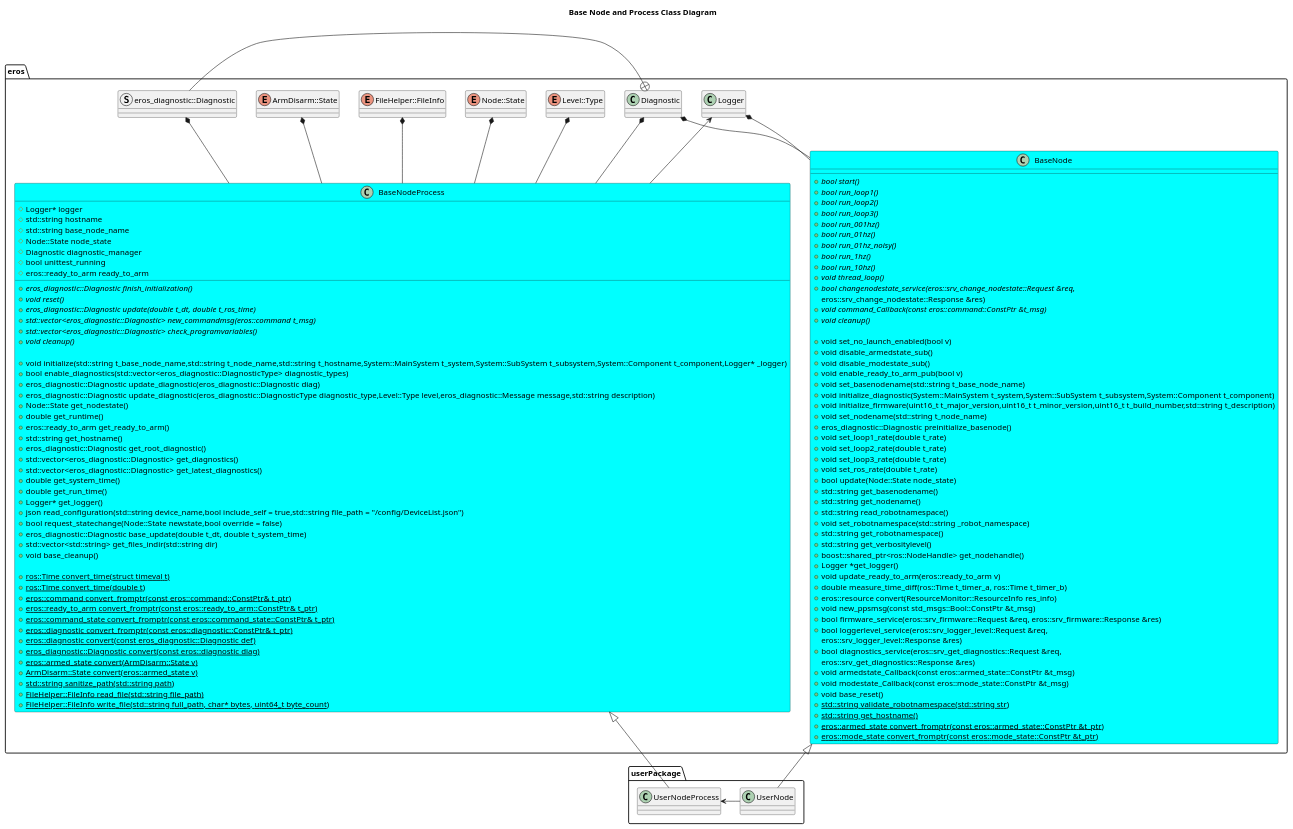
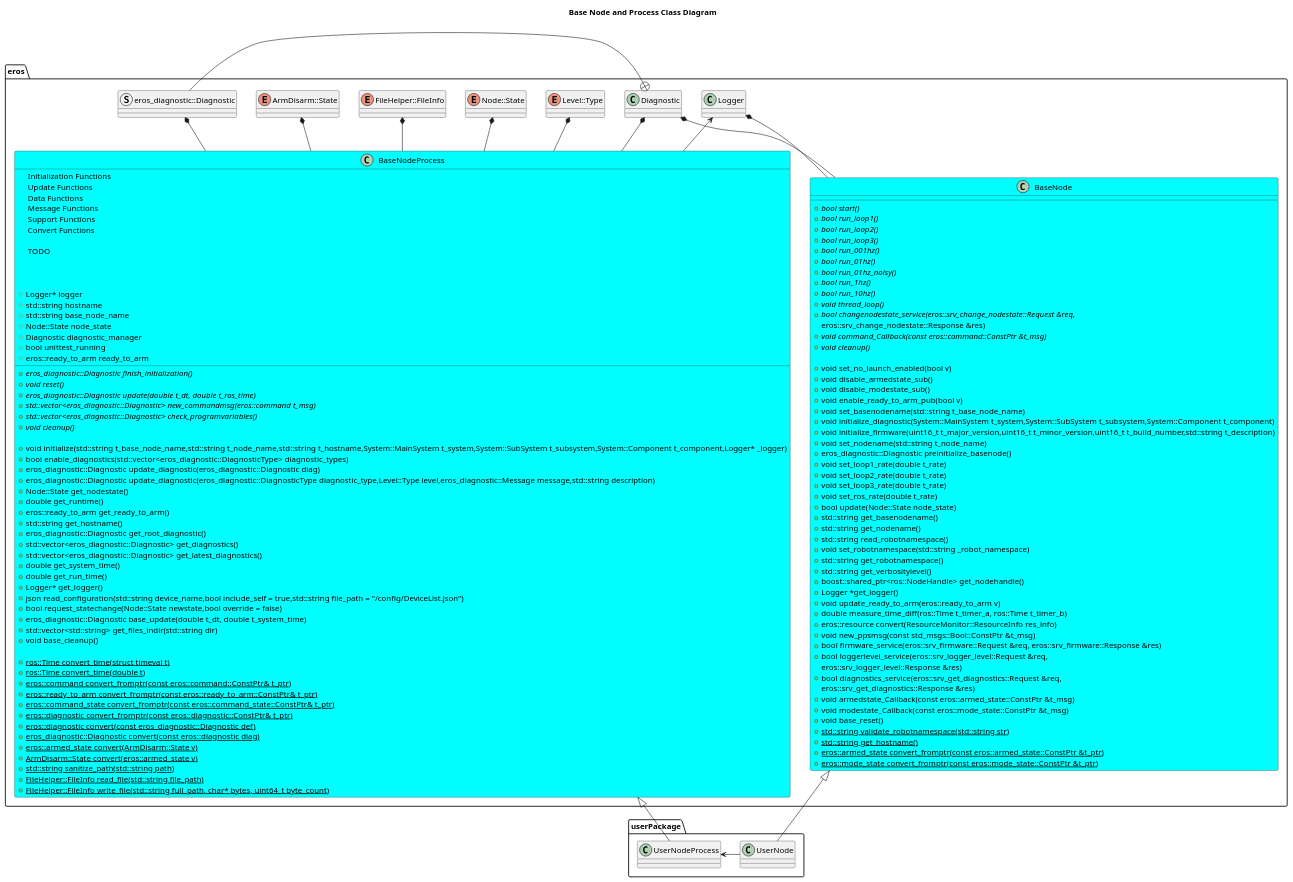
Before and after one commit to dgitz/eros: the diagram in include/eros/doc/BaseNodeClassDiagram.puml, drawn with PlantUML. The commit also changed 1 other file, not shown here.

```diff
--- a/include/eros/doc/BaseNodeClassDiagram.puml
+++ b/include/eros/doc/BaseNodeClassDiagram.puml
@@ -1,140 +1,149 @@
 @startuml
 title Base Node and Process Class Diagram
 package eros {
     together {
         enum Level::Type
         struct eros_diagnostic::Diagnostic
         enum Node::State
         class Logger
         enum ArmDisarm::State
         enum FileHelper::FileInfo
         class Diagnostic
     }
 
     Logger <-- BaseNodeProcess
     Level::Type *-- BaseNodeProcess
     eros_diagnostic::Diagnostic *-- BaseNodeProcess
     Node::State *-- BaseNodeProcess
     ArmDisarm::State *-- BaseNodeProcess
     FileHelper::FileInfo *-- BaseNodeProcess
     Diagnostic *-- BaseNodeProcess
     Diagnostic *-- BaseNode
     Logger *-- BaseNode
     Diagnostic +- eros_diagnostic::Diagnostic
     class BaseNodeProcess #Cyan {
+
+        -- Initialization Functions --
+        -- Update Functions --
+        -- Data Functions --
+        -- Message Functions --
+        -- Support Functions --
+        -- Convert Functions --
+
+        -- TODO --
         +{abstract} eros_diagnostic::Diagnostic finish_initialization()
         +{abstract} void reset()
         +{abstract} eros_diagnostic::Diagnostic update(double t_dt, double t_ros_time)
         +{abstract} std::vector<eros_diagnostic::Diagnostic> new_commandmsg(eros::command t_msg)
         +{abstract} std::vector<eros_diagnostic::Diagnostic> check_programvariables() 
         +{abstract} void cleanup()
 
         +void initialize(std::string t_base_node_name,std::string t_node_name,std::string t_hostname,System::MainSystem t_system,System::SubSystem t_subsystem,System::Component t_component,Logger* _logger)
         +bool enable_diagnostics(std::vector<eros_diagnostic::DiagnosticType> diagnostic_types)
         +eros_diagnostic::Diagnostic update_diagnostic(eros_diagnostic::Diagnostic diag)
         +eros_diagnostic::Diagnostic update_diagnostic(eros_diagnostic::DiagnosticType diagnostic_type,Level::Type level,eros_diagnostic::Message message,std::string description)
         +Node::State get_nodestate()
         +double get_runtime()
         +eros::ready_to_arm get_ready_to_arm()
         +std::string get_hostname()
         +eros_diagnostic::Diagnostic get_root_diagnostic()
         +std::vector<eros_diagnostic::Diagnostic> get_diagnostics()
         +std::vector<eros_diagnostic::Diagnostic> get_latest_diagnostics()
         +double get_system_time() 
         +double get_run_time()
         +Logger* get_logger()
         +json read_configuration(std::string device_name,bool include_self = true,std::string file_path = "~/config/DeviceList.json")
         +bool request_statechange(Node::State newstate,bool override = false)
         +eros_diagnostic::Diagnostic base_update(double t_dt, double t_system_time)
         +std::vector<std::string> get_files_indir(std::string dir)
         +void base_cleanup()
 
         +{static} ros::Time convert_time(struct timeval t)
         +{static} ros::Time convert_time(double t)
         +{static} eros::command convert_fromptr(const eros::command::ConstPtr& t_ptr)
         +{static} eros::ready_to_arm convert_fromptr(const eros::ready_to_arm::ConstPtr& t_ptr)
         +{static} eros::command_state convert_fromptr(const eros::command_state::ConstPtr& t_ptr)
         +{static} eros::diagnostic convert_fromptr(const eros::diagnostic::ConstPtr& t_ptr)
         +{static} eros::diagnostic convert(const eros_diagnostic::Diagnostic def)
         +{static} eros_diagnostic::Diagnostic convert(const eros::diagnostic diag)
         +{static} eros::armed_state convert(ArmDisarm::State v)
         +{static} ArmDisarm::State convert(eros::armed_state v)
         +{static} std::string sanitize_path(std::string path)
         +{static} FileHelper::FileInfo read_file(std::string file_path)
         +{static} FileHelper::FileInfo write_file(std::string full_path, char* bytes, uint64_t byte_count)
 
         #Logger* logger
         #std::string hostname
         #std::string base_node_name
         #Node::State node_state
         #Diagnostic diagnostic_manager
         #bool unittest_running
         #eros::ready_to_arm ready_to_arm
 
     }
     class BaseNode #Cyan {
         +{abstract} bool start()
         +{abstract} bool run_loop1()
         +{abstract} bool run_loop2()
         +{abstract} bool run_loop3()
         +{abstract} bool run_001hz()
         +{abstract} bool run_01hz()
         +{abstract} bool run_01hz_noisy()
         +{abstract} bool run_1hz()
         +{abstract} bool run_10hz()
         +{abstract} void thread_loop()
         +{abstract} bool changenodestate_service(eros::srv_change_nodestate::Request &req,
                                             eros::srv_change_nodestate::Response &res)
         +{abstract} void command_Callback(const eros::command::ConstPtr &t_msg)
         +{abstract} void cleanup()
 
         +void set_no_launch_enabled(bool v)
         +void disable_armedstate_sub()
         +void disable_modestate_sub()
         +void enable_ready_to_arm_pub(bool v)
         +void set_basenodename(std::string t_base_node_name)
         +void initialize_diagnostic(System::MainSystem t_system,System::SubSystem t_subsystem,System::Component t_component)
         +void initialize_firmware(uint16_t t_major_version,uint16_t t_minor_version,uint16_t t_build_number,std::string t_description)
         +void set_nodename(std::string t_node_name)
         +eros_diagnostic::Diagnostic preinitialize_basenode()
         +void set_loop1_rate(double t_rate)
         +void set_loop2_rate(double t_rate)
         +void set_loop3_rate(double t_rate)
         +void set_ros_rate(double t_rate)
         +bool update(Node::State node_state)
         +std::string get_basenodename()
         +std::string get_nodename()
         +std::string read_robotnamespace()
         +void set_robotnamespace(std::string _robot_namespace)
         +std::string get_robotnamespace()
         +std::string get_verbositylevel()
         +boost::shared_ptr<ros::NodeHandle> get_nodehandle()
         +Logger *get_logger()
         +void update_ready_to_arm(eros::ready_to_arm v)
         +double measure_time_diff(ros::Time t_timer_a, ros::Time t_timer_b)
         +eros::resource convert(ResourceMonitor::ResourceInfo res_info)
         +void new_ppsmsg(const std_msgs::Bool::ConstPtr &t_msg)
         +bool firmware_service(eros::srv_firmware::Request &req, eros::srv_firmware::Response &res)
         +bool loggerlevel_service(eros::srv_logger_level::Request &req,
                                 eros::srv_logger_level::Response &res)
         +bool diagnostics_service(eros::srv_get_diagnostics::Request &req,
                                 eros::srv_get_diagnostics::Response &res)
         +void armedstate_Callback(const eros::armed_state::ConstPtr &t_msg)
         +void modestate_Callback(const eros::mode_state::ConstPtr &t_msg)
         +void base_reset()
 
 
         +{static} std::string validate_robotnamespace(std::string str)
         +{static} std::string get_hostname()
         +{static} eros::armed_state convert_fromptr(const eros::armed_state::ConstPtr &t_ptr)
         +{static} eros::mode_state convert_fromptr(const eros::mode_state::ConstPtr &t_ptr)
     }
 }
 package userPackage {
     class UserNodeProcess
     class UserNode
     BaseNode <|-- UserNode
     BaseNodeProcess <|-- UserNodeProcess
     UserNode -> UserNodeProcess 
 }
 @enduml
```
